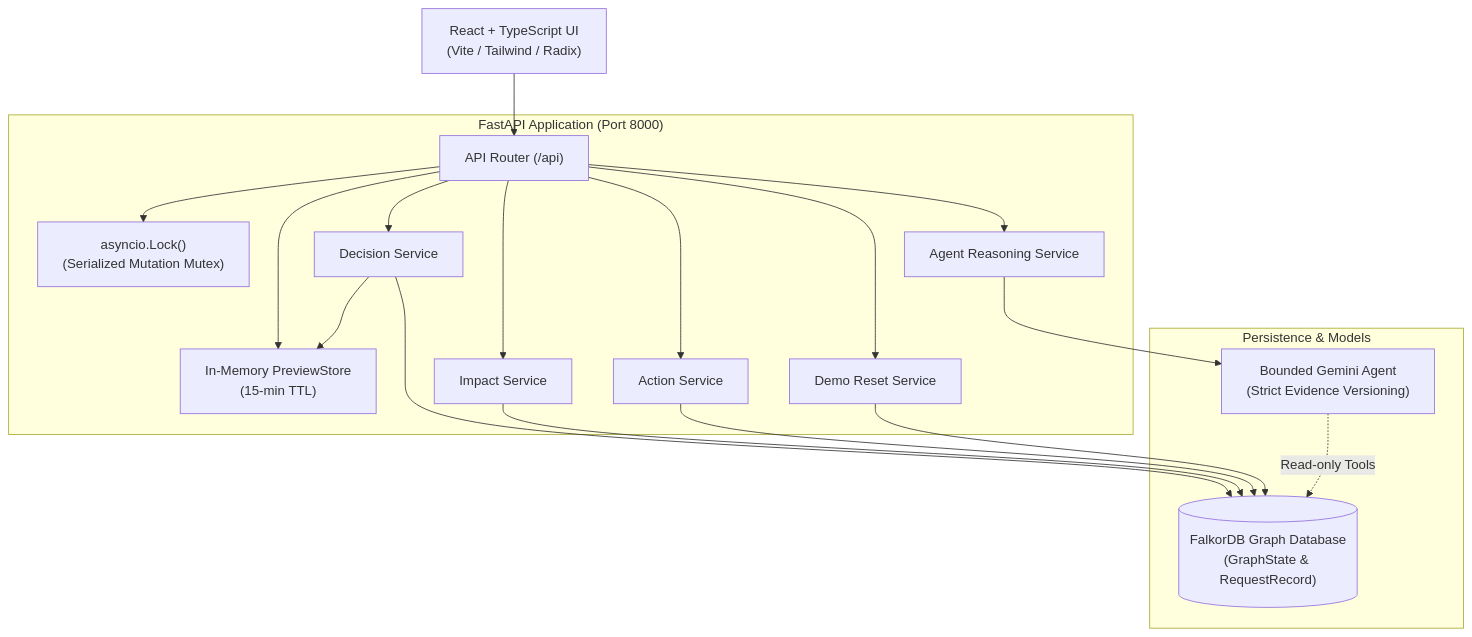
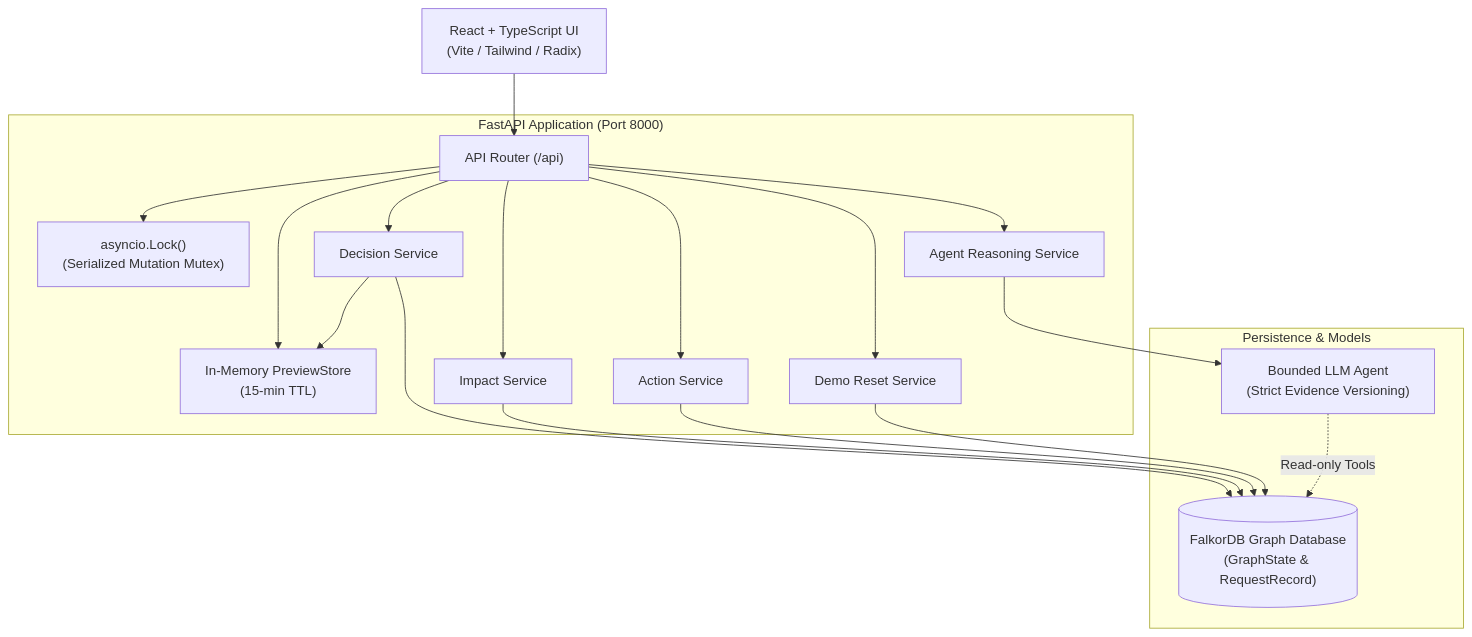
One commit to jaybhanushali3166/ripple-graph-hackathon changed the diagram in README.md. Above: the diagram before and after it, drawn with Mermaid. The commit also changed other lines of this file and 55 other files, not shown here.

````diff
--- a/README.md
+++ b/README.md
@@ -20,31 +31,31 @@
 ```mermaid
 flowchart TD
     Client["React + TypeScript UI<br/>(Vite / Tailwind / Radix)"]
     
     subgraph Backend["FastAPI Application (Port 8000)"]
         Router["API Router (/api)"]
         Lock["asyncio.Lock()<br/>(Serialized Mutation Mutex)"]
         PStore["In-Memory PreviewStore<br/>(15-min TTL)"]
         
         Router --> Lock
         Router --> PStore
         
         ImpactSvc["Impact Service"]
         DecisionSvc["Decision Service"]
         AgentSvc["Agent Reasoning Service"]
         ActionSvc["Action Service"]
         DemoSvc["Demo Reset Service"]
     end
     
     subgraph Data["Persistence & Models"]
         FalkorDB[("FalkorDB Graph Database<br/>(GraphState & RequestRecord)")]
-        LLM["Bounded Gemini Agent<br/>(Strict Evidence Versioning)"]
+        LLM["Bounded LLM Agent<br/>(Strict Evidence Versioning)"]
     end
 
     Client --> Router
     Router --> ImpactSvc & DecisionSvc & AgentSvc & ActionSvc & DemoSvc
     DecisionSvc --> PStore
     DecisionSvc & ImpactSvc & ActionSvc & DemoSvc --> FalkorDB
     AgentSvc --> LLM
     LLM -.->|Read-only Tools| FalkorDB
 ```
````
